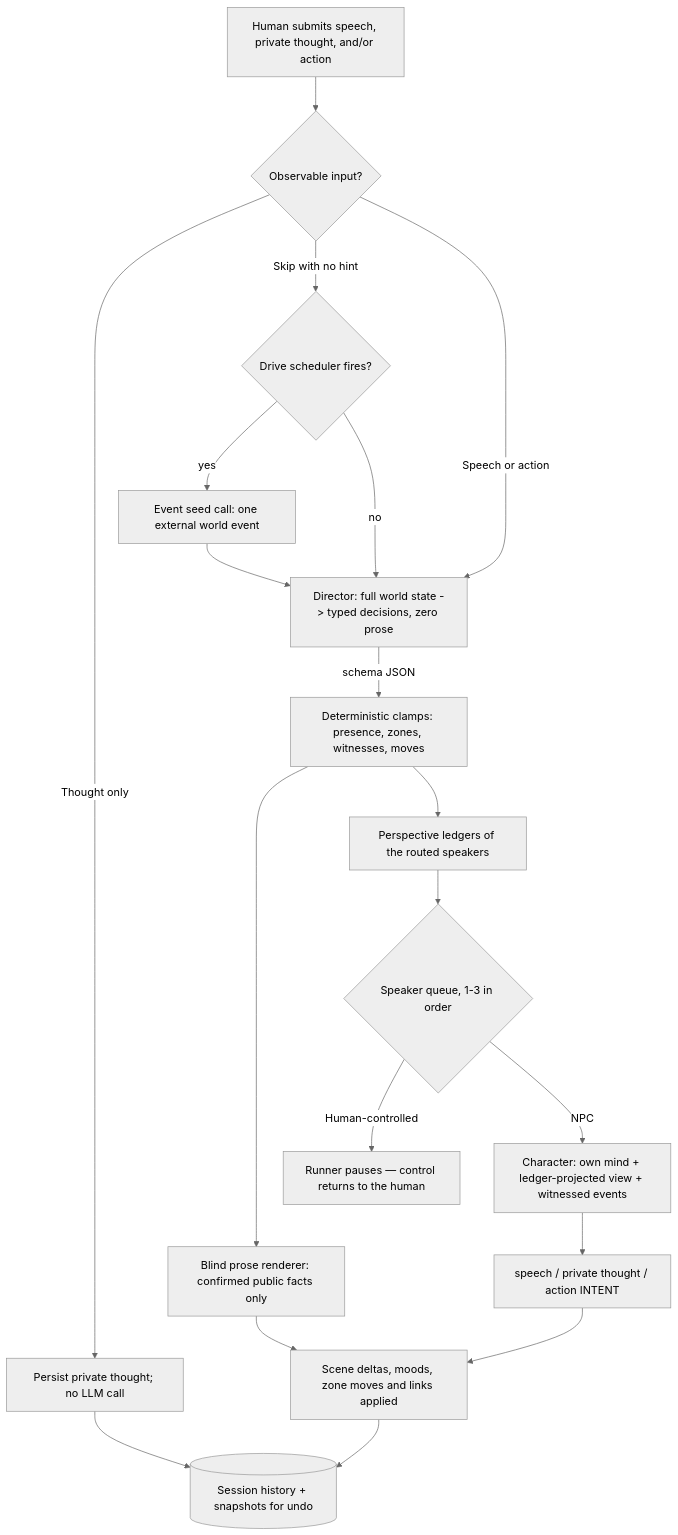
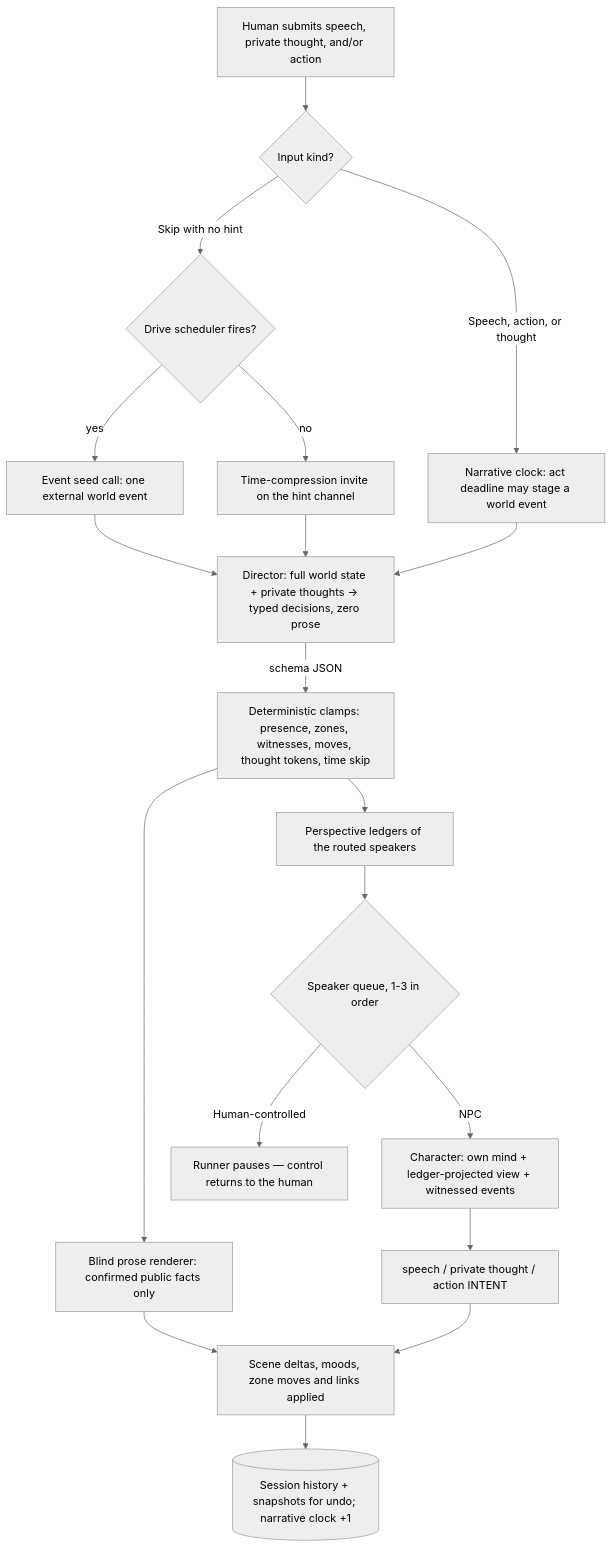
One commit to al4xdev/alex-tavern changed the diagram in README.md. Above: the diagram before and after it, drawn with Mermaid (neutral theme). The commit also changed other lines of this file, not shown here.

````diff
--- a/README.md
+++ b/README.md
@@ -214,21 +220,21 @@
 ```mermaid
 graph TD
-    A[Human submits speech, private thought, and/or action] --> B{Observable input?}
-    B -->|Thought only| P[Persist private thought; no LLM call]
+    A[Human submits speech, private thought, and/or action] --> B{Input kind?}
     B -->|Skip with no hint| DS{Drive scheduler fires?}
     DS -->|yes| DE[Event seed call: one external world event]
-    DS -->|no| C
+    DS -->|no| TS[Time-compression invite on the hint channel]
     DE --> C
-    B -->|Speech or action| C[Director: full world state -> typed decisions, zero prose]
-    C -->|"schema JSON"| V[Deterministic clamps: presence, zones, witnesses, moves]
+    TS --> C
+    B -->|Speech, action, or thought| CK[Narrative clock: act deadline may stage a world event]
+    CK --> C[Director: full world state + private thoughts -> typed decisions, zero prose]
+    C -->|"schema JSON"| V[Deterministic clamps: presence, zones, witnesses, moves, thought tokens, time skip]
     V --> R[Blind prose renderer: confirmed public facts only]
     V --> L[Perspective ledgers of the routed speakers]
     R --> H
     L --> Q{Speaker queue, 1-3 in order}
     Q -->|Human-controlled| E[Runner pauses — control returns to the human]
     Q -->|NPC| F[Character: own mind + ledger-projected view + witnessed events]
     F --> G[speech / private thought / action INTENT]
     G --> H[Scene deltas, moods, zone moves and links applied]
-    P --> I
-    H --> I[(Session history + snapshots for undo)]
+    H --> I[(Session history + snapshots for undo; narrative clock +1)]
 ```
````
